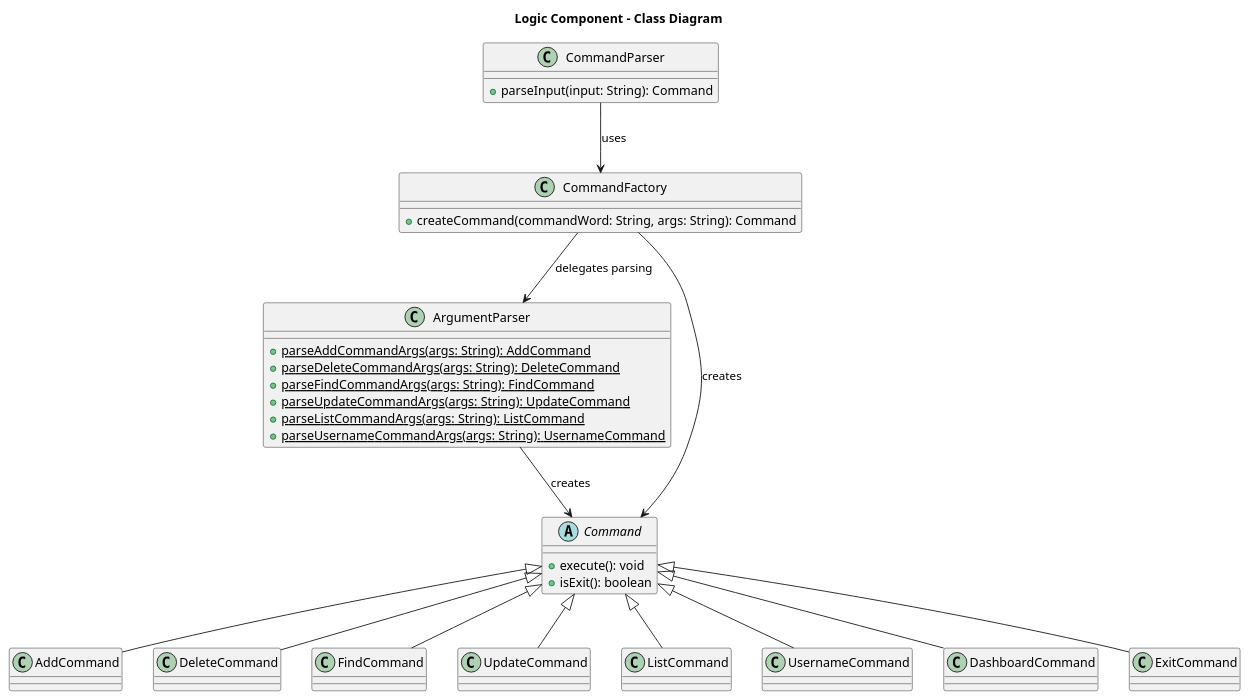
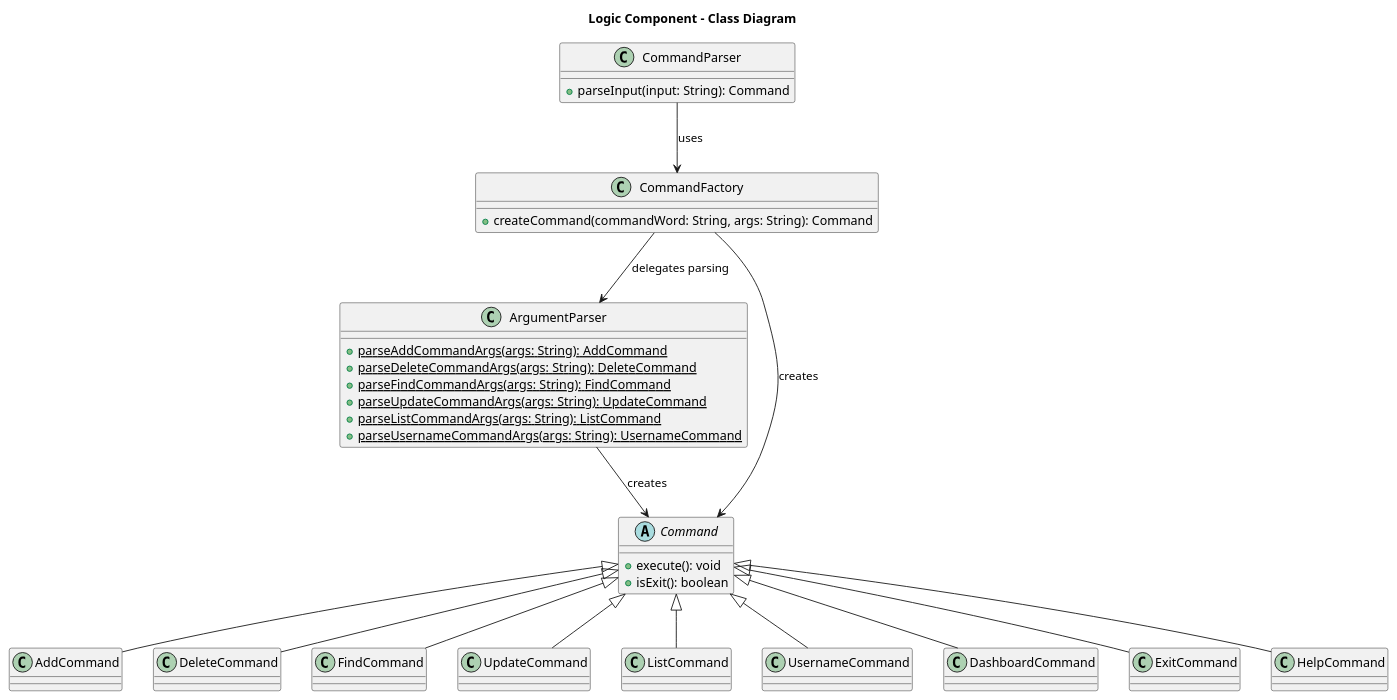
One commit to BenyAlbatross/tp changed the diagram in docs/diagrams/LogicComponentCD.puml. Above: the diagram before and after it, drawn with PlantUML. The commit also changed 2 other files, not shown here.

Commit message:
add HelpCommand stuffs to DG

```diff
--- a/docs/diagrams/LogicComponentCD.puml
+++ b/docs/diagrams/LogicComponentCD.puml
@@ -1,48 +1,50 @@
 @startuml
 title Logic Component - Class Diagram
 
 class CommandParser {
     + parseInput(input: String): Command
 }
 
 class CommandFactory {
     + createCommand(commandWord: String, args: String): Command
 }
 
 class ArgumentParser {
     + {static} parseAddCommandArgs(args: String): AddCommand
     + {static} parseDeleteCommandArgs(args: String): DeleteCommand
     + {static} parseFindCommandArgs(args: String): FindCommand
     + {static} parseUpdateCommandArgs(args: String): UpdateCommand
     + {static} parseListCommandArgs(args: String): ListCommand
     + {static} parseUsernameCommandArgs(args: String): UsernameCommand
 }
 
 abstract class Command {
     + execute(): void
     + isExit(): boolean
 }
 
 class AddCommand
 class DeleteCommand
 class FindCommand
 class UpdateCommand
 class ListCommand
 class UsernameCommand
 class DashboardCommand
 class ExitCommand
+class HelpCommand
 
 CommandParser --> CommandFactory : uses
 CommandFactory --> ArgumentParser : delegates parsing
 CommandFactory --> Command : creates
 ArgumentParser --> Command : creates
 Command <|-- AddCommand
 Command <|-- DeleteCommand
 Command <|-- FindCommand
 Command <|-- UpdateCommand
 Command <|-- ListCommand
 Command <|-- UsernameCommand
 Command <|-- DashboardCommand
+Command <|-- HelpCommand
 Command <|-- ExitCommand
 
 @enduml
```
